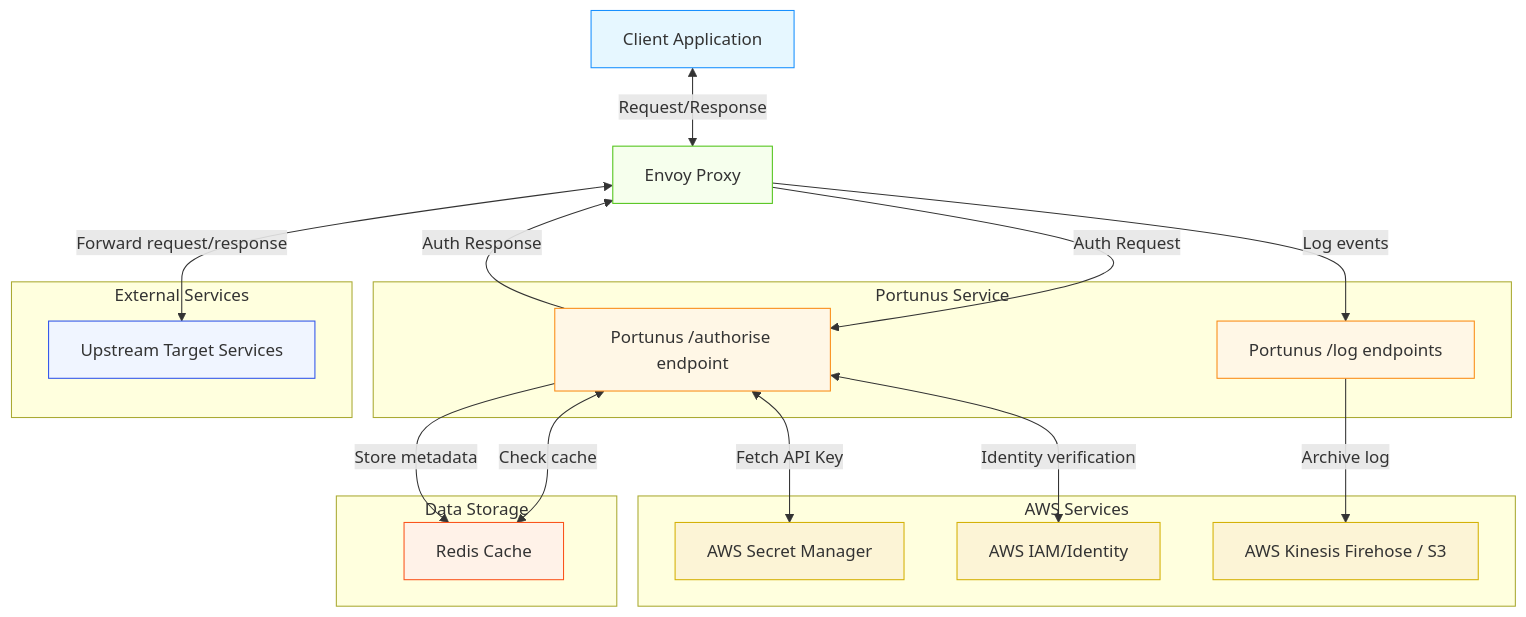
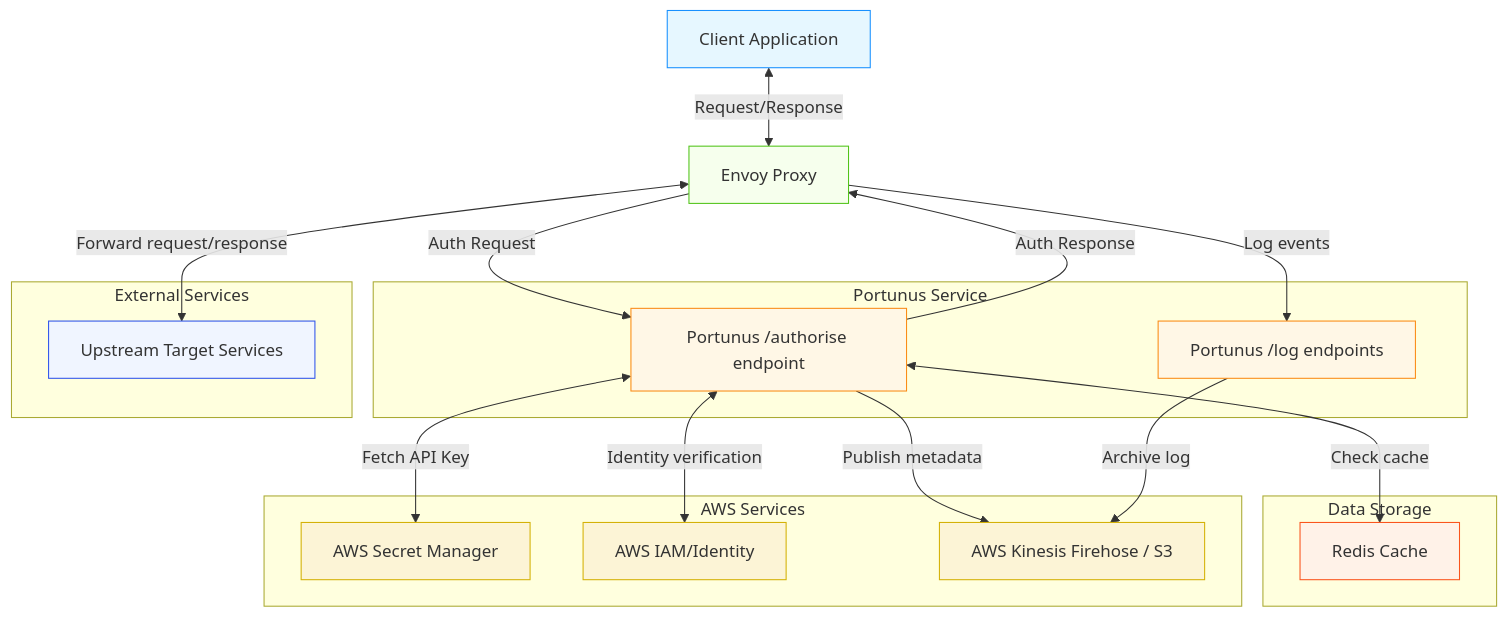
The second of 2 diagrams in README.md (AI-Safety-Institute/portunus), drawn with Mermaid before and after one commit. The commit also changed other lines of this file and 1 other file, not shown here.

Commit message:
Fix stale docs: metadata goes to Kinesis, rename proxy image tag (#102)
Two small doc fixes from an open-source review pass:

- The README sequence diagram and architecture flowchart still showed
principal metadata being stored in Redis. It has been published directly
to Kinesis during authorisation since the logging pipeline moved off
Redis — updated both diagrams to match `app.py`.
- The proxy build example in `proxy/README.md` tagged the image with an
old name; renamed to `portunus-proxy`.

🤖 Generated with [Claude Code](https://claude.com/claude-code)

````diff
--- a/README.md
+++ b/README.md
@@ -77,62 +77,62 @@
 ```mermaid
 flowchart TB
     Client["Client Application"]
 
     Envoy["Envoy Proxy"]
 
     subgraph "Portunus Service"
         Auth["Portunus /authorise endpoint"]
         LogEndpoint["Portunus /log endpoints"]
     end
 
     subgraph "External Services"
         Target["Upstream Target Services"]
     end
 
     subgraph "Data Storage"
         Redis["Redis Cache"]
     end
 
     subgraph "AWS Services"
         SecretManager["AWS Secret Manager"]
         IAM["AWS IAM/Identity"]
         Kinesis["AWS Kinesis Firehose / S3"]
     end
 
 
     %% Client flow
     Client <-->|Request/Response| Envoy
 
     %% Auth flow
     Envoy -->|Auth Request| Auth
     Auth <-->|Check cache| Redis
     Auth <-->|Identity verification| IAM
     Auth <-->|Fetch API Key| SecretManager
-    Auth -->|Store metadata| Redis
+    Auth -->|Publish metadata| Kinesis
     Auth -->|Auth Response| Envoy
 
     %% Request logging
     Envoy -->|Log events| LogEndpoint
 
     %% Request forwarding
     Envoy <-->|Forward request/response| Target
 
 
     %% Log publishing
     LogEndpoint -->|Archive log| Kinesis
 
     %% Styling
     classDef client fill:#e6f7ff,stroke:#1890ff
     classDef envoyProxy fill:#f6ffed,stroke:#52c41a
     classDef portunusService fill:#fff7e6,stroke:#fa8c16
     classDef storageLayer fill:#fff2e8,stroke:#fa541c
     classDef awsLayer fill:#fcf4d6,stroke:#d4b106
     classDef externalLayer fill:#f0f5ff,stroke:#2f54eb
 
     class Client client
     class Envoy envoyProxy
     class Auth,LogEndpoint portunusService
     class Redis storageLayer
     class SecretManager,IAM,Kinesis awsLayer
     class Target externalLayer
 ```
````
